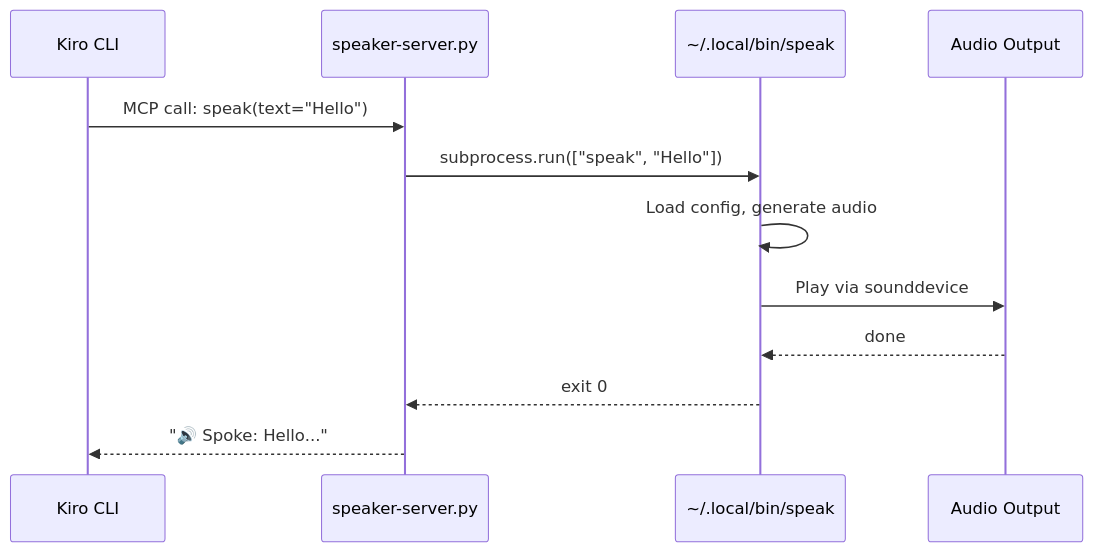
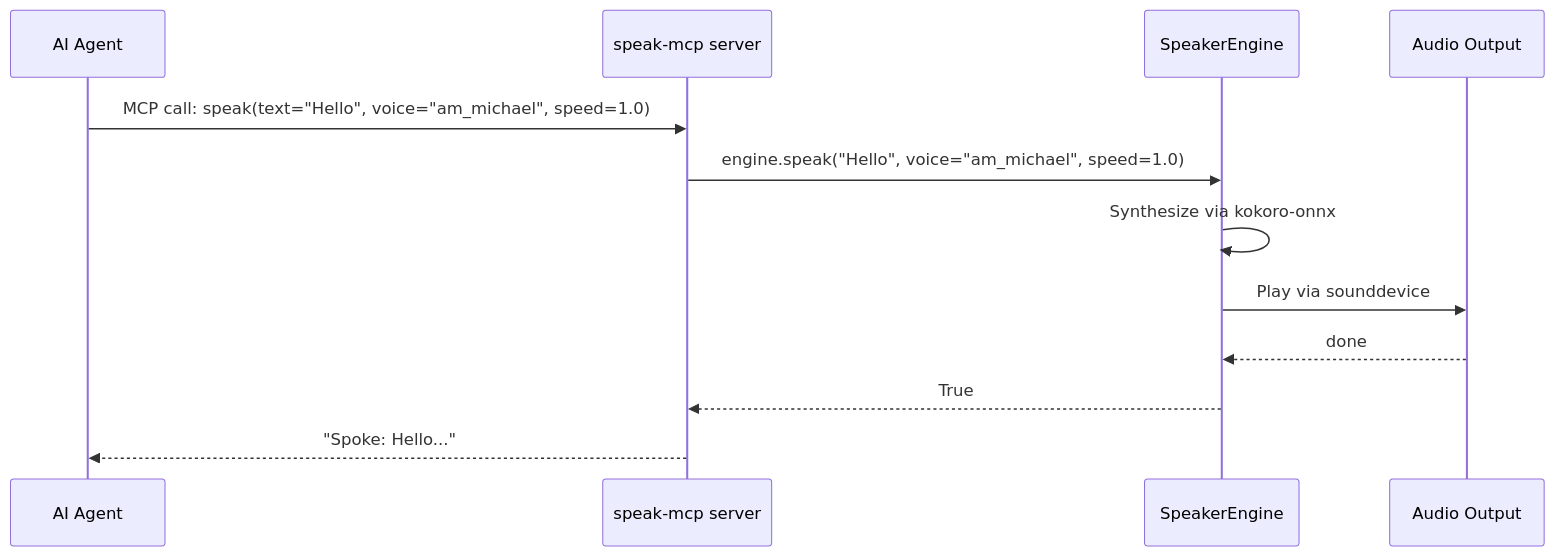
Before and after one commit to NetDevAutomate/Agent-Speaker: the diagram in docs/mcp.md, drawn with Mermaid. The commit also changed other lines of this file and 22 other files, not shown here.

First line of the commit message:
refactor: MCP-first architecture with shared engine, remove legacy wrapper

````diff
--- a/docs/mcp.md
+++ b/docs/mcp.md
@@ -11,15 +11,15 @@
 ```mermaid
 sequenceDiagram
-    participant Kiro as Kiro CLI
-    participant MCP as speaker-server.py
-    participant CLI as ~/.local/bin/speak
+    participant Agent as AI Agent
+    participant MCP as speak-mcp server
+    participant Engine as SpeakerEngine
     participant Audio as Audio Output
 
-    Kiro->>MCP: MCP call: speak(text="Hello")
-    MCP->>CLI: subprocess.run(["speak", "Hello"])
-    CLI->>CLI: Load config, generate audio
-    CLI->>Audio: Play via sounddevice
-    Audio-->>CLI: done
-    CLI-->>MCP: exit 0
-    MCP-->>Kiro: "🔊 Spoke: Hello..."
+    Agent->>MCP: MCP call: speak(text="Hello", voice="am_michael", speed=1.0)
+    MCP->>Engine: engine.speak("Hello", voice="am_michael", speed=1.0)
+    Engine->>Engine: Synthesize via kokoro-onnx
+    Engine->>Audio: Play via sounddevice
+    Audio-->>Engine: done
+    Engine-->>MCP: True
+    MCP-->>Agent: "Spoke: Hello..."
 ```
````
